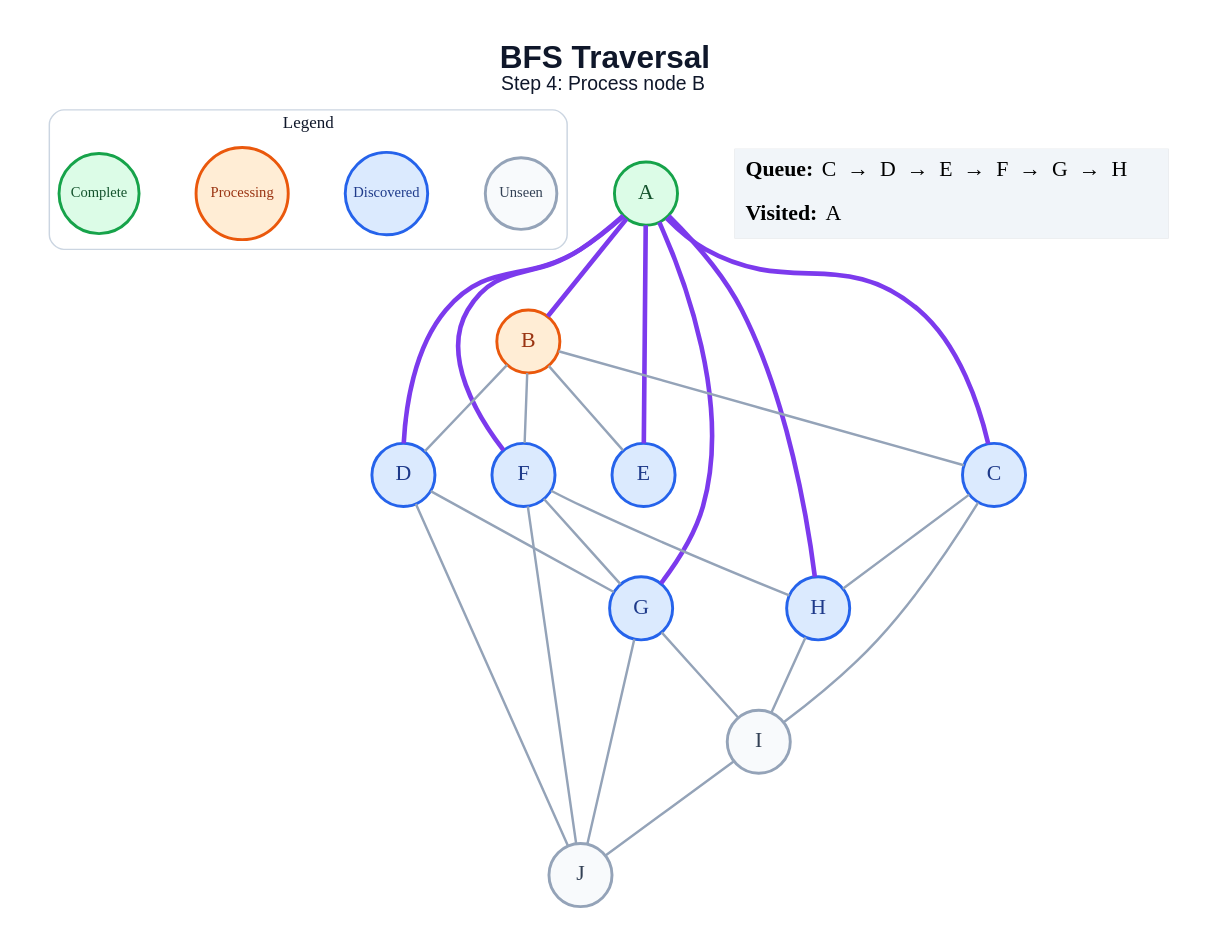
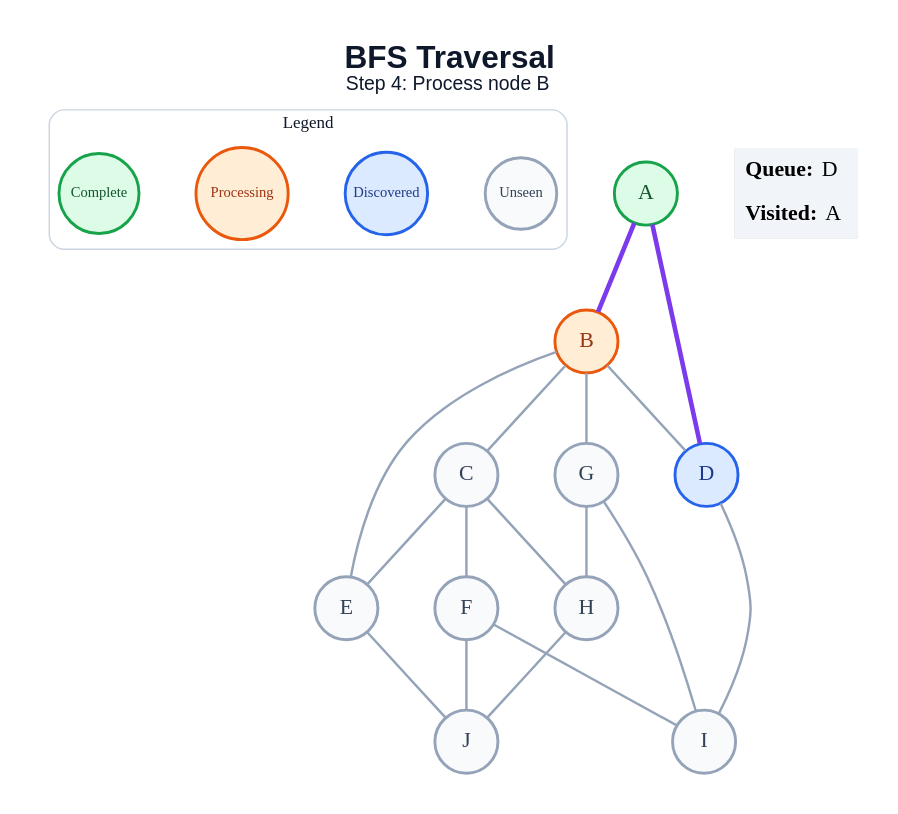
The diagram in generated/bfs/step_04.dot (amanghodawala9/ai-slop), drawn with Graphviz before and after one commit. The commit also changed 178 other files, not shown here.

```diff
--- a/generated/bfs/step_04.dot
+++ b/generated/bfs/step_04.dot
@@ -1,51 +1,45 @@
 graph traversal {
   graph [layout=dot, rankdir=TB, bgcolor="#FFFFFF", pad="0.35", nodesep="0.65", ranksep="0.8", fontname="Arial"];
   node [shape=circle, style="filled", fontname="Arial Bold", fontsize=18, width=0.72, fixedsize=true, penwidth=2.4];
   edge [color="#94A3B8", penwidth=2.0];
   label=<<B>BFS Traversal</B><BR/><FONT POINT-SIZE="16">Step 4: Process node B</FONT>>; labelloc="t"; fontsize=26; fontname="Arial"; fontcolor="#0F172A";
   subgraph cluster_legend { label="Legend"; color="#CBD5E1"; penwidth=1.2; style="rounded"; fontsize=14; fontname="Arial Bold";
     key_unseen [label="Unseen", fillcolor="#F8FAFC", color="#94A3B8", fontcolor="#334155", fontsize=12, width=0.82];
     key_frontier [label="Discovered", fillcolor="#DBEAFE", color="#2563EB", fontcolor="#1E3A8A", fontsize=12, width=0.95];
     key_current [label="Processing", fillcolor="#FFEDD5", color="#EA580C", fontcolor="#9A3412", fontsize=12, width=1.05];
     key_done [label="Complete", fillcolor="#DCFCE7", color="#16A34A", fontcolor="#14532D", fontsize=12, width=0.92];
     { rank=same; key_unseen; key_frontier; key_current; key_done; }
   }
   A [fillcolor="#DCFCE7", color="#16A34A", fontcolor="#14532D"];
   B [fillcolor="#FFEDD5", color="#EA580C", fontcolor="#9A3412"];
-  C [fillcolor="#DBEAFE", color="#2563EB", fontcolor="#1E3A8A"];
+  C [fillcolor="#F8FAFC", color="#94A3B8", fontcolor="#334155"];
   D [fillcolor="#DBEAFE", color="#2563EB", fontcolor="#1E3A8A"];
-  E [fillcolor="#DBEAFE", color="#2563EB", fontcolor="#1E3A8A"];
-  F [fillcolor="#DBEAFE", color="#2563EB", fontcolor="#1E3A8A"];
-  G [fillcolor="#DBEAFE", color="#2563EB", fontcolor="#1E3A8A"];
-  H [fillcolor="#DBEAFE", color="#2563EB", fontcolor="#1E3A8A"];
+  E [fillcolor="#F8FAFC", color="#94A3B8", fontcolor="#334155"];
+  F [fillcolor="#F8FAFC", color="#94A3B8", fontcolor="#334155"];
+  G [fillcolor="#F8FAFC", color="#94A3B8", fontcolor="#334155"];
+  H [fillcolor="#F8FAFC", color="#94A3B8", fontcolor="#334155"];
   I [fillcolor="#F8FAFC", color="#94A3B8", fontcolor="#334155"];
   J [fillcolor="#F8FAFC", color="#94A3B8", fontcolor="#334155"];
   A -- B [color="#7C3AED", penwidth=3.8];
-  A -- C [color="#7C3AED", penwidth=3.8];
   A -- D [color="#7C3AED", penwidth=3.8];
-  A -- E [color="#7C3AED", penwidth=3.8];
-  A -- F [color="#7C3AED", penwidth=3.8];
-  A -- G [color="#7C3AED", penwidth=3.8];
-  A -- H [color="#7C3AED", penwidth=3.8];
   B -- C;
   B -- D;
   B -- E;
-  B -- F;
+  B -- G;
+  C -- E;
+  C -- F;
   C -- H;
-  C -- I;
-  D -- G;
-  D -- J;
-  F -- G;
-  F -- H;
+  D -- I;
+  E -- J;
+  F -- I;
   F -- J;
+  G -- H;
   G -- I;
-  G -- J;
-  H -- I;
-  I -- J;
+  H -- J;
   status [shape=plain, fixedsize=false, width=0, height=0, margin=0, label=<
     <TABLE BORDER="0" CELLBORDER="0" CELLPADDING="7" BGCOLOR="#F1F5F9">
-      <TR><TD ALIGN="LEFT"><B>Queue:</B> C  →  D  →  E  →  F  →  G  →  H</TD></TR>
+      <TR><TD ALIGN="LEFT"><B>Queue:</B> D</TD></TR>
       <TR><TD ALIGN="LEFT"><B>Visited:</B> A</TD></TR>
     </TABLE>
   >];
 }
```
